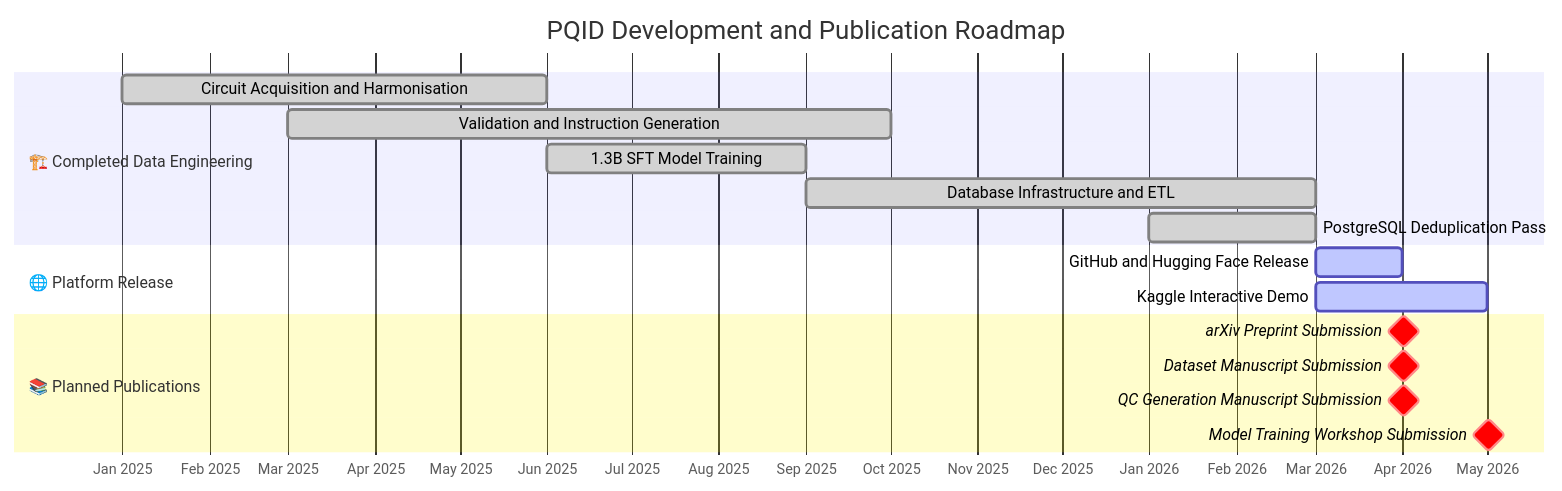
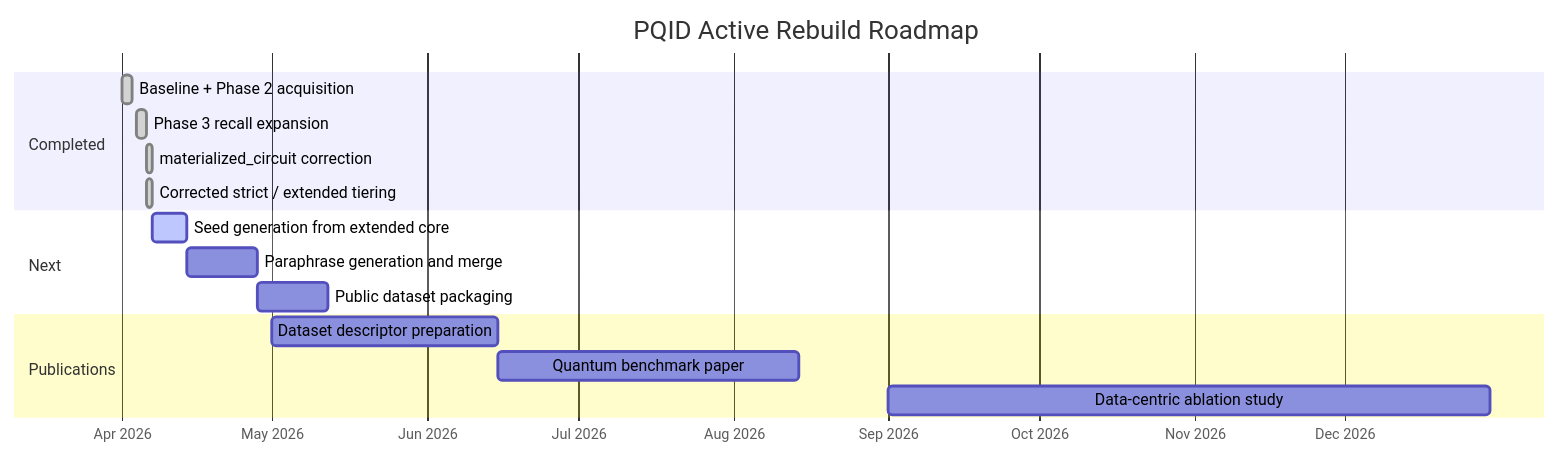
The fourth of 4 diagrams in ARCHITECTURE.mmd (Elias-Abebe-Gasparini/PQID-Dataset), drawn with Mermaid before and after one commit. The commit also changed other lines of this file and 128 other files, not shown here.

````diff
--- a/ARCHITECTURE.mmd
+++ b/ARCHITECTURE.mmd
@@ -82,24 +96,23 @@
 ```mermaid
 %%{init: {'themeVariables': {'taskTextColor': '#000000', 'taskTextDarkColor': '#000000', 'taskTextLightColor': '#000000', 'sectionBkgTextColor': '#000000'}}}%%
 gantt
-    title PQID Development and Publication Roadmap
-    dateFormat  YYYY-MM
+    title PQID Active Rebuild Roadmap
+    dateFormat  YYYY-MM-DD
     axisFormat  %b %Y
 
-    section 🏗️ Completed Data Engineering
-    Circuit Acquisition and Harmonisation    :done, a1, 2025-01, 5M
-    Validation and Instruction Generation    :done, b1, 2025-03, 7M
-    1.3B SFT Model Training                  :done, c1, 2025-06, 3M
-    Database Infrastructure and ETL          :done, d1, 2025-09, 6M
-    PostgreSQL Deduplication Pass            :done, d2, 2026-01, 2M
+    section Completed
+    Baseline + Phase 2 acquisition       :done, a1, 2026-04-01, 2d
+    Phase 3 recall expansion             :done, a2, 2026-04-04, 2d
+    materialized_circuit correction      :done, a3, 2026-04-06, 1d
+    Corrected strict / extended tiering  :done, a4, 2026-04-06, 1d
 
-    section 🌐 Platform Release
-    GitHub and Hugging Face Release          :active, p1, 2026-03, 1M
-    Kaggle Interactive Demo                  :active, p2, 2026-03, 2M
+    section Next
+    Seed generation from extended core   :active, b1, 2026-04-07, 7d
+    Paraphrase generation and merge      :b2, after b1, 14d
+    Public dataset packaging             :b3, after b2, 14d
 
-    section 📚 Planned Publications
-    arXiv Preprint Submission                :crit, milestone, t1, 2026-04, 1d
-    Dataset Manuscript Submission            :crit, milestone, t2, 2026-04, 1d
-    QC Generation Manuscript Submission      :crit, milestone, t3, 2026-04, 1d
-    Model Training Workshop Submission       :crit, milestone, t4, 2026-05, 1d
+    section Publications
+    Dataset descriptor preparation       :c1, 2026-05-01, 45d
+    Quantum benchmark paper              :c2, 2026-06-15, 60d
+    Data-centric ablation study          :c3, 2026-09-01, 120d
 ```
````
